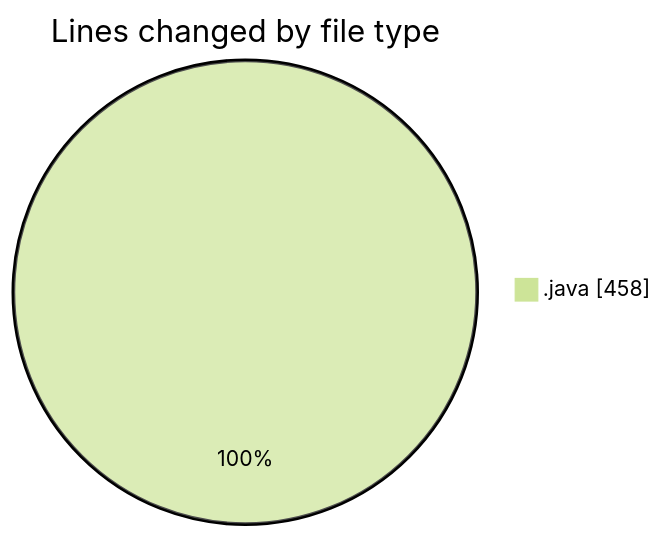
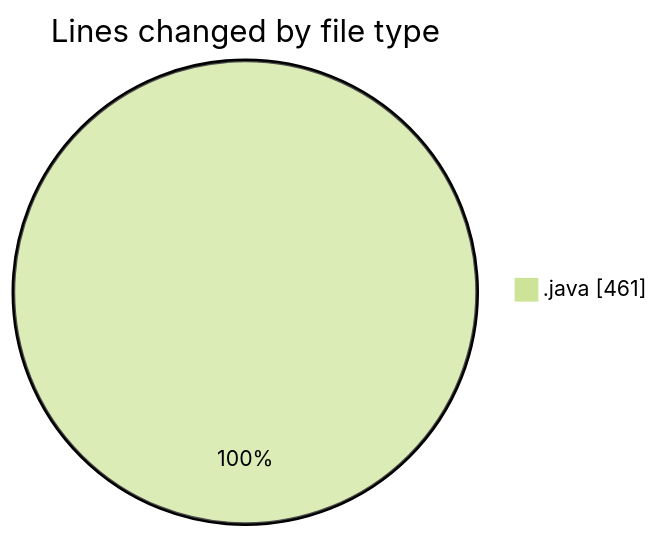
One commit to hasnaa123/code-tracking changed the first of 2 diagrams in 2026-10-25/taskforge/README.md. Above: the diagram before and after it, drawn with Mermaid (forest theme). The commit also changed other lines of this file and 1 other file, not shown here.

````diff
--- a/2026-10-25/taskforge/README.md
+++ b/2026-10-25/taskforge/README.md
@@ -25,5 +25,5 @@
 ```mermaid
 pie showData
 title Lines changed by file type
-".java" : 458
+".java" : 461
 ```
````
